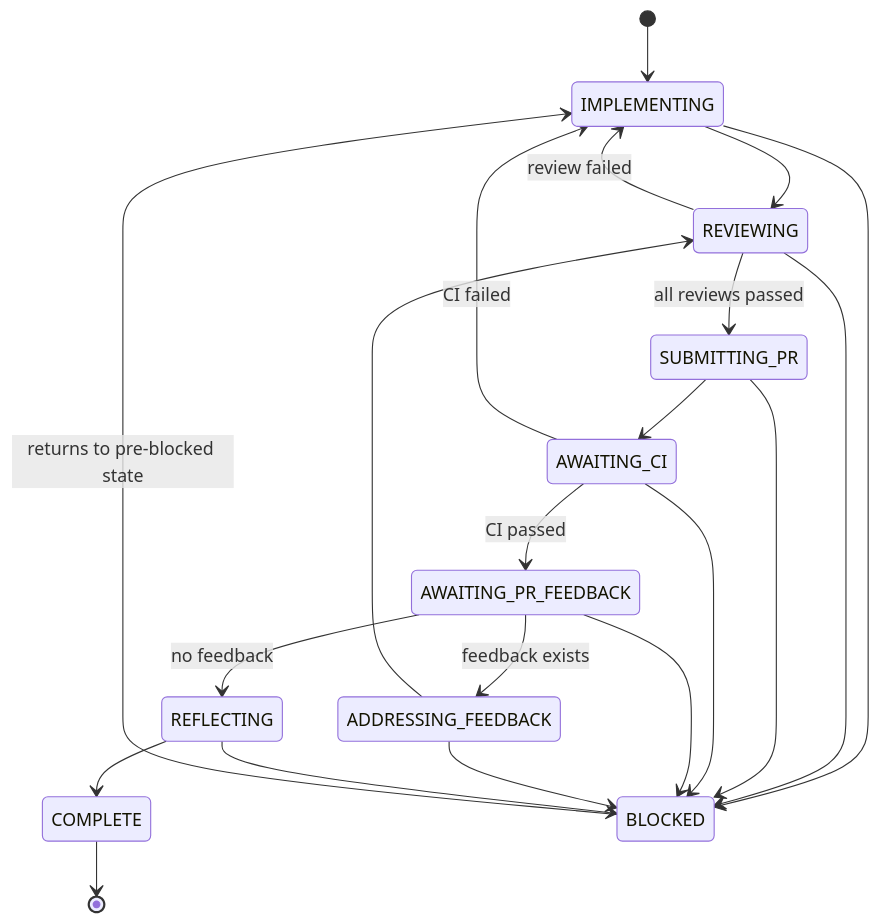
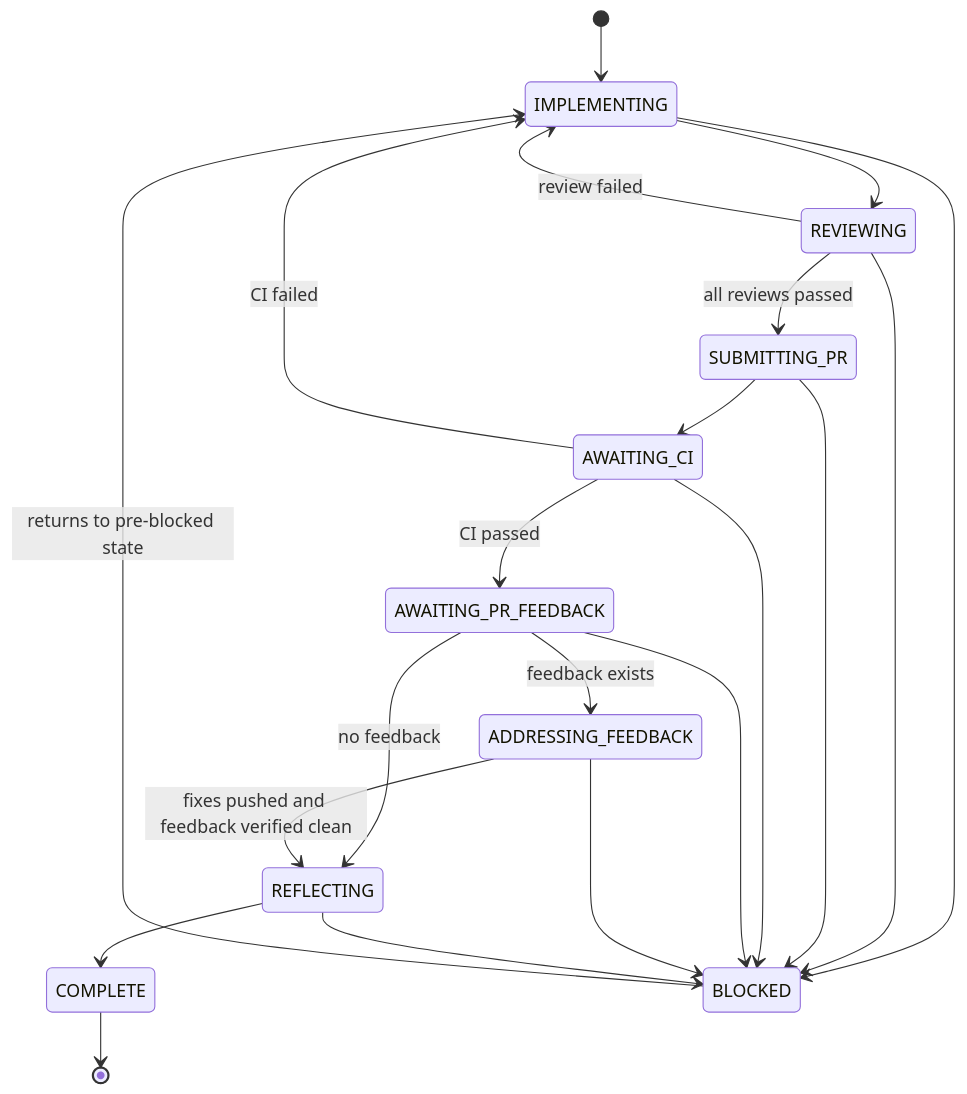
Before and after one commit to NTCoding/living-architecture: the diagram in tools/dev-workflow-v2/README.md, drawn with Mermaid. The commit also changed 13 other files, not shown here.

````diff
--- a/tools/dev-workflow-v2/README.md
+++ b/tools/dev-workflow-v2/README.md
@@ -182,24 +182,24 @@
 ```mermaid
 stateDiagram-v2
     [*] --> IMPLEMENTING
     IMPLEMENTING --> REVIEWING
     REVIEWING --> SUBMITTING_PR : all reviews passed
     REVIEWING --> IMPLEMENTING : review failed
     SUBMITTING_PR --> AWAITING_CI
     AWAITING_CI --> AWAITING_PR_FEEDBACK : CI passed
     AWAITING_CI --> IMPLEMENTING : CI failed
     AWAITING_PR_FEEDBACK --> REFLECTING : no feedback
     AWAITING_PR_FEEDBACK --> ADDRESSING_FEEDBACK : feedback exists
-    ADDRESSING_FEEDBACK --> REVIEWING
+    ADDRESSING_FEEDBACK --> REFLECTING : fixes pushed and feedback verified clean
     REFLECTING --> COMPLETE
     COMPLETE --> [*]
 
     IMPLEMENTING --> BLOCKED
     REVIEWING --> BLOCKED
     SUBMITTING_PR --> BLOCKED
     AWAITING_CI --> BLOCKED
     AWAITING_PR_FEEDBACK --> BLOCKED
     ADDRESSING_FEEDBACK --> BLOCKED
     REFLECTING --> BLOCKED
     BLOCKED --> IMPLEMENTING : returns to pre-blocked state
 ```
````
